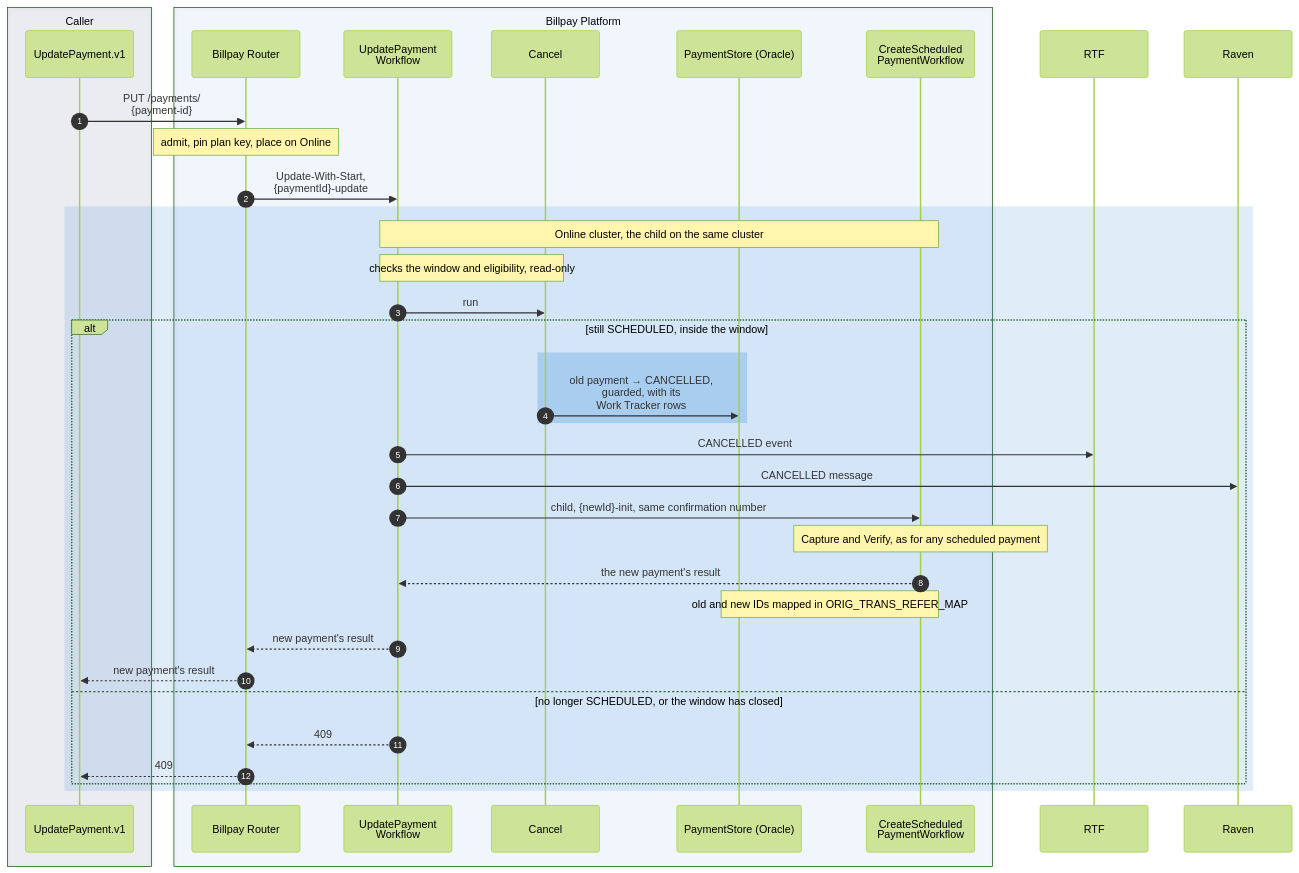
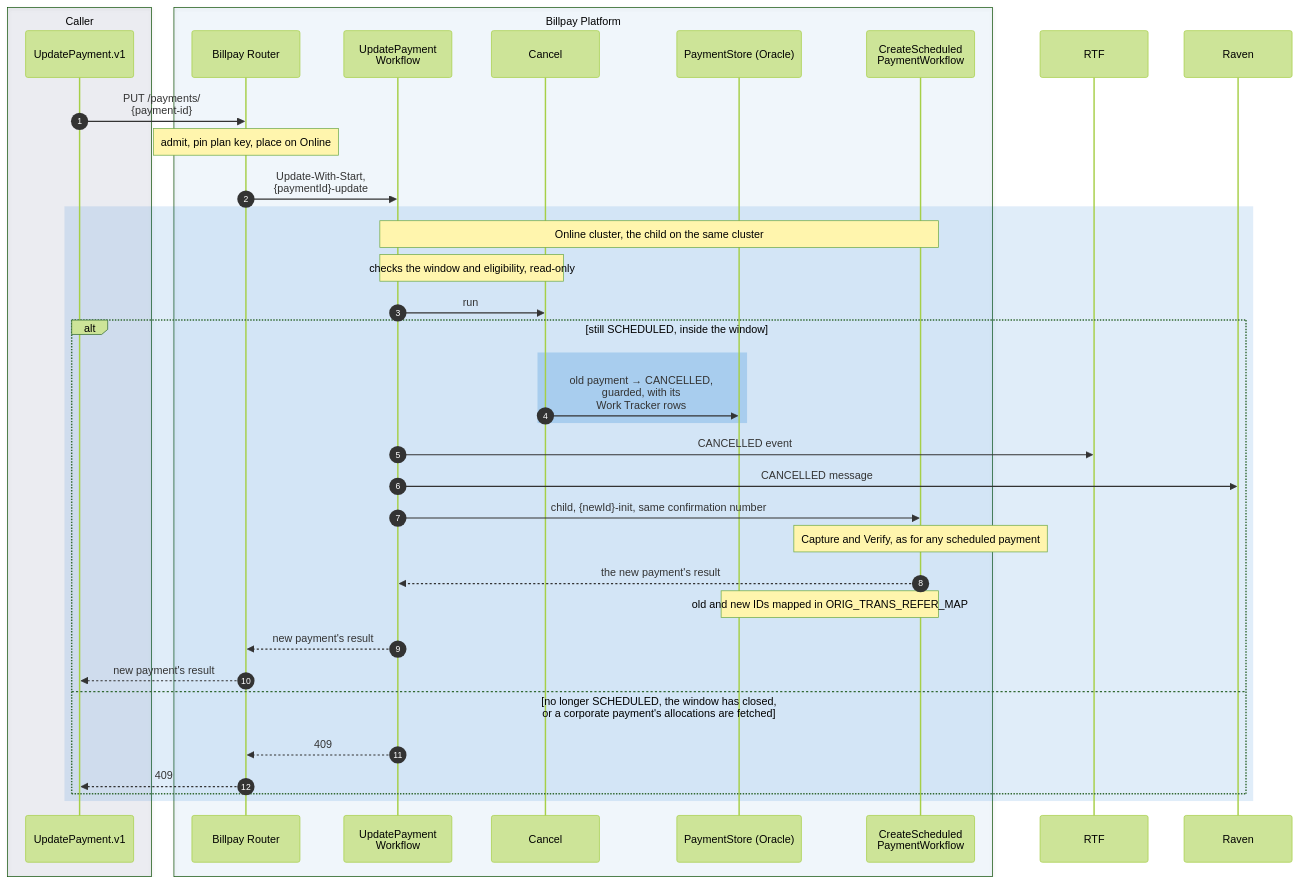
The fifth of 13 diagrams in website/docs/design/sequence-diagrams.md (arunav-bhattacharya/billpay-book), drawn with Mermaid (forest theme) before and after one commit. The commit also changed other lines of this file and 19 other files, not shown here.

````diff
--- a/website/docs/design/sequence-diagrams.md
+++ b/website/docs/design/sequence-diagrams.md
@@ -351,50 +351,50 @@
 ```mermaid
 ---
 config:
   fontFamily: "BentonSansUI, Helvetica, Arial, sans-serif"
   fontSize: 15
 ---
 sequenceDiagram
   autonumber
 
   box rgba(0,23,90,0.07) Caller
     participant OD as UpdatePayment.v1
   end
 
   box rgba(0,111,207,0.05) Billpay Platform
     participant R as Billpay Router
     participant UW as UpdatePayment<br/>Workflow
     participant CAN as Cancel
     participant PS as PaymentStore (Oracle)
     participant CW as CreateScheduled<br/>PaymentWorkflow
   end
 
   participant RTF
   participant RAV as Raven
 
   OD->>R: PUT /payments/<br/>{payment-id}
   Note over R: admit, pin plan key, place on Online
   R->>UW: Update-With-Start,<br/>{paymentId}-update
 
   rect rgba(0,111,207,0.12)
     Note over UW,CW: Online cluster, the child on the same cluster
     Note over UW,CAN: checks the window and eligibility, read-only
     UW->>CAN: run
     alt still SCHEDULED, inside the window
       rect rgba(102,169,226,0.40)
         CAN->>PS: old payment → CANCELLED,<br/>guarded, with its<br/>Work Tracker rows
       end
       UW->>RTF: CANCELLED event
       UW->>RAV: CANCELLED message
       UW->>CW: child, {newId}-init, same confirmation number
       Note over CW: Capture and Verify, as for any scheduled payment
       CW-->>UW: the new payment's result
       Note over PS,CW: old and new IDs mapped in ORIG_TRANS_REFER_MAP
       UW-->>R: new payment's result
       R-->>OD: new payment's result
-    else no longer SCHEDULED, or the window has closed
+    else no longer SCHEDULED, the window has closed,<br/>or a corporate payment's allocations are fetched
       UW-->>R: 409
       R-->>OD: 409
     end
   end
 ```
````
